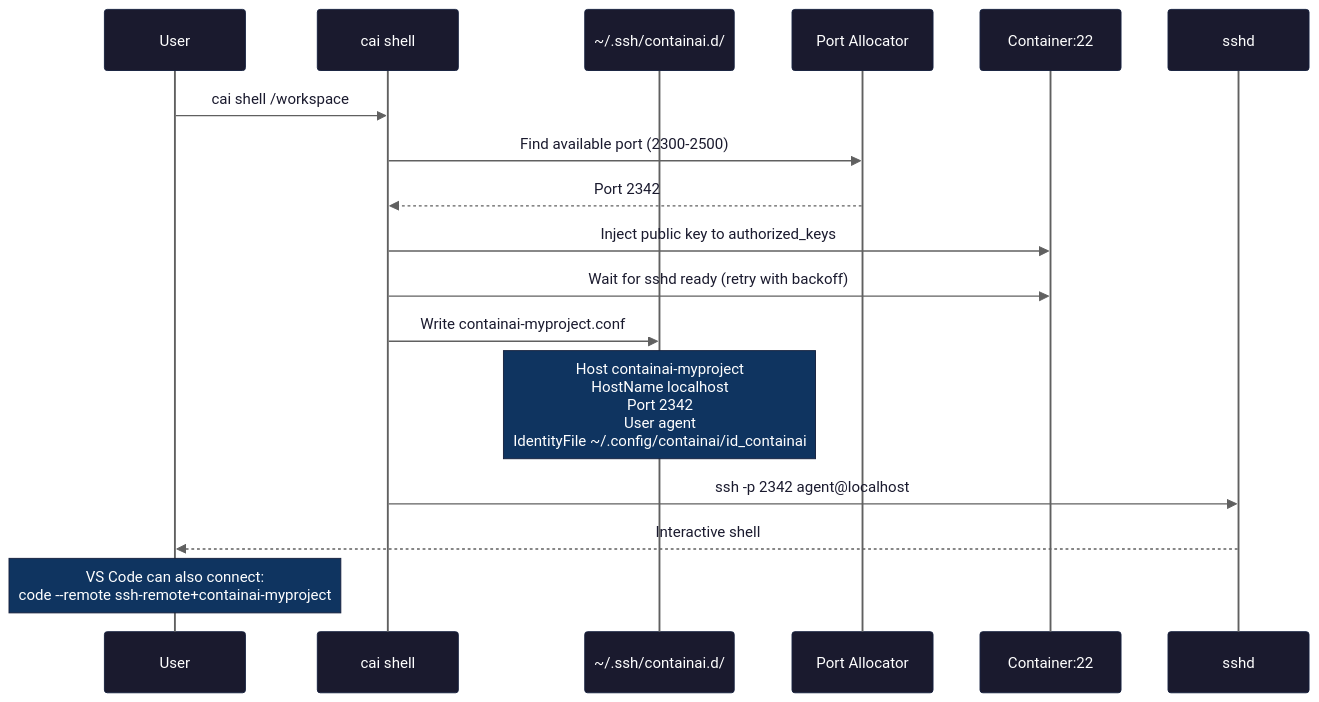
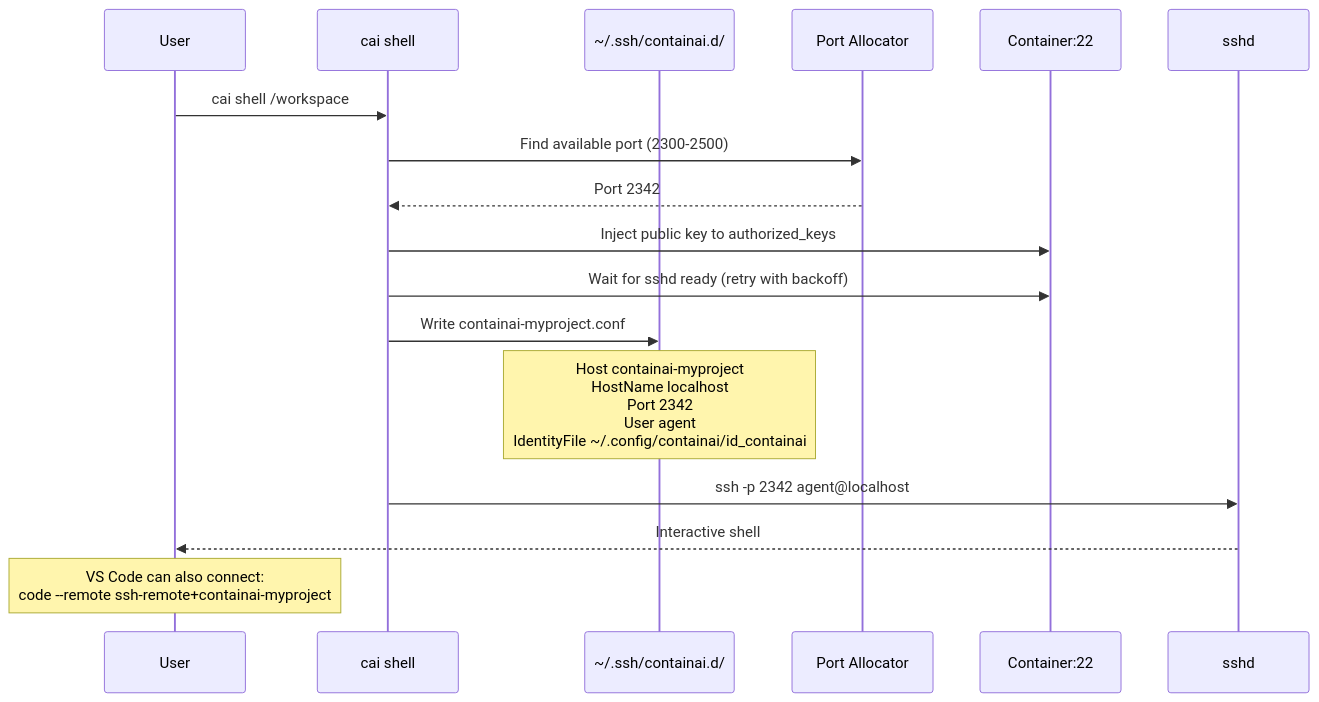
Before and after one commit to novotnyllc/ContainAI: the fourth of 11 diagrams in docs/architecture.md, drawn with Mermaid. The commit also changed other lines of this file and 15 other files, not shown here.

Commit message:
Remove Mermaid theme overrides from docs diagrams

````diff
--- a/docs/architecture.md
+++ b/docs/architecture.md
@@ -281,44 +242,25 @@
 ```mermaid
-%%{init: {'theme': 'base', 'themeVariables': {
-  'background': '#f5f5f5',
-  'actorBkg': '#1a1a2e',
-  'actorTextColor': '#ffffff',
-  'actorBorder': '#16213e',
-  'actorLineColor': '#606060',
-  'signalColor': '#606060',
-  'signalTextColor': '#1a1a2e',
-  'labelBoxBkgColor': '#0f3460',
-  'labelBoxBorderColor': '#16213e',
-  'labelTextColor': '#ffffff',
-  'loopTextColor': '#1a1a2e',
-  'noteBkgColor': '#0f3460',
-  'noteTextColor': '#ffffff',
-  'noteBorderColor': '#16213e',
-  'activationBkgColor': '#16213e',
-  'activationBorderColor': '#0f3460',
-  'sequenceNumberColor': '#1a1a2e'
-}}}%%
 sequenceDiagram
     participant User
     participant CLI as cai shell
     participant SSHConfig as ~/.ssh/containai.d/
     participant Port as Port Allocator
     participant Container as Container:22
     participant SSHD as sshd
 
     User->>CLI: cai shell /workspace
 
     CLI->>Port: Find available port (2300-2500)
     Port-->>CLI: Port 2342
 
     CLI->>Container: Inject public key to authorized_keys
     CLI->>Container: Wait for sshd ready (retry with backoff)
 
     CLI->>SSHConfig: Write containai-myproject.conf
     Note over SSHConfig: Host containai-myproject<br/>  HostName localhost<br/>  Port 2342<br/>  User agent<br/>  IdentityFile ~/.config/containai/id_containai
 
     CLI->>SSHD: ssh -p 2342 agent@localhost
     SSHD-->>User: Interactive shell
 
     Note over User: VS Code can also connect:<br/>code --remote ssh-remote+containai-myproject
 ```
````
